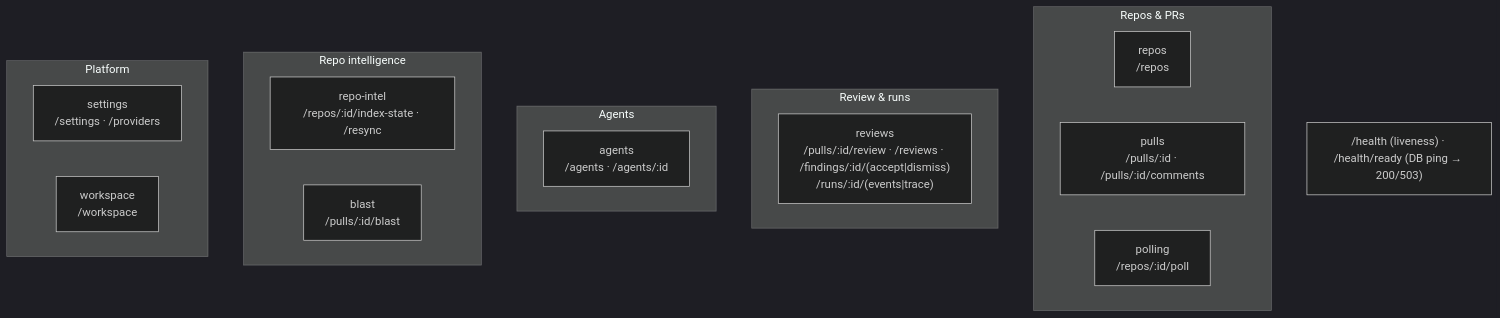
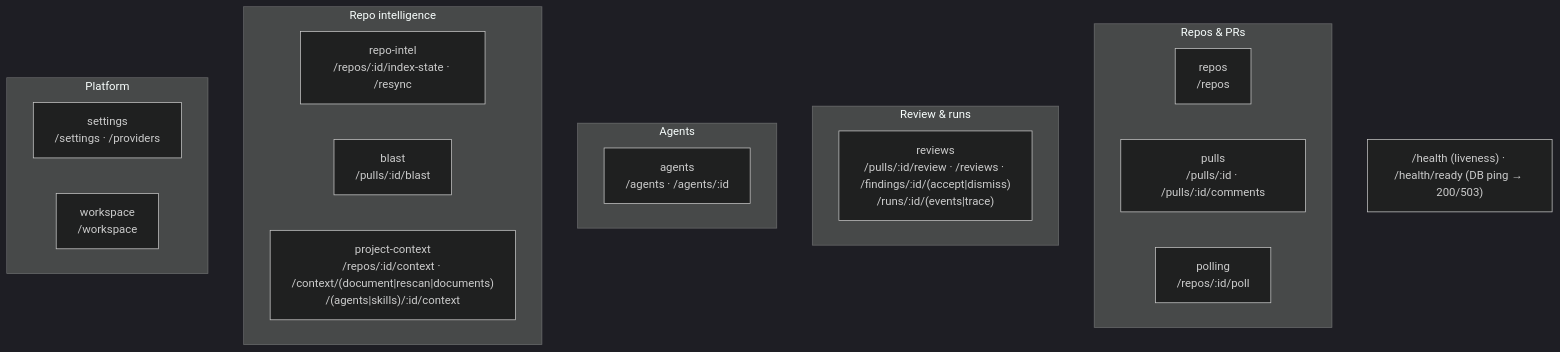
One commit to AslanovRustam/dev-digest changed the second of 3 diagrams in server/README.md. Above: the diagram before and after it, drawn with Mermaid (dark theme). The commit also changed other lines of this file and 101 other files, not shown here.

First line of the commit message:
feat(context): Project Context (L05)

````diff
--- a/server/README.md
+++ b/server/README.md
@@ -64,23 +64,24 @@
 ```mermaid
 flowchart TB
   subgraph Repos_PRs["Repos & PRs"]
     repos["repos<br/>/repos"]
     pulls["pulls<br/>/pulls/:id · /pulls/:id/comments"]
     polling["polling<br/>/repos/:id/poll"]
   end
   subgraph Review["Review & runs"]
     reviews["reviews<br/>/pulls/:id/review · /reviews · /findings/:id/(accept|dismiss)<br/>/runs/:id/(events|trace)"]
   end
   subgraph Agents["Agents"]
     agents["agents<br/>/agents · /agents/:id"]
   end
   subgraph Intel["Repo intelligence"]
     repoIntel["repo-intel<br/>/repos/:id/index-state · /resync"]
     blast["blast<br/>/pulls/:id/blast"]
+    projectContext["project-context<br/>/repos/:id/context · /context/(document|rescan|documents)<br/>/(agents|skills)/:id/context"]
   end
   subgraph Platform["Platform"]
     settings["settings<br/>/settings · /providers"]
     workspace["workspace<br/>/workspace"]
   end
   HEALTH["/health (liveness) · /health/ready (DB ping → 200/503)"]
 ```
````
